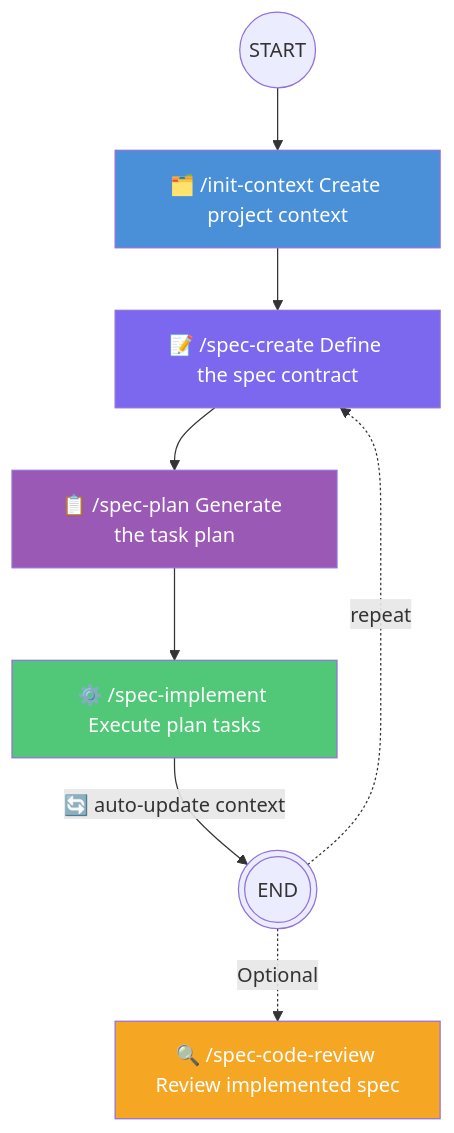
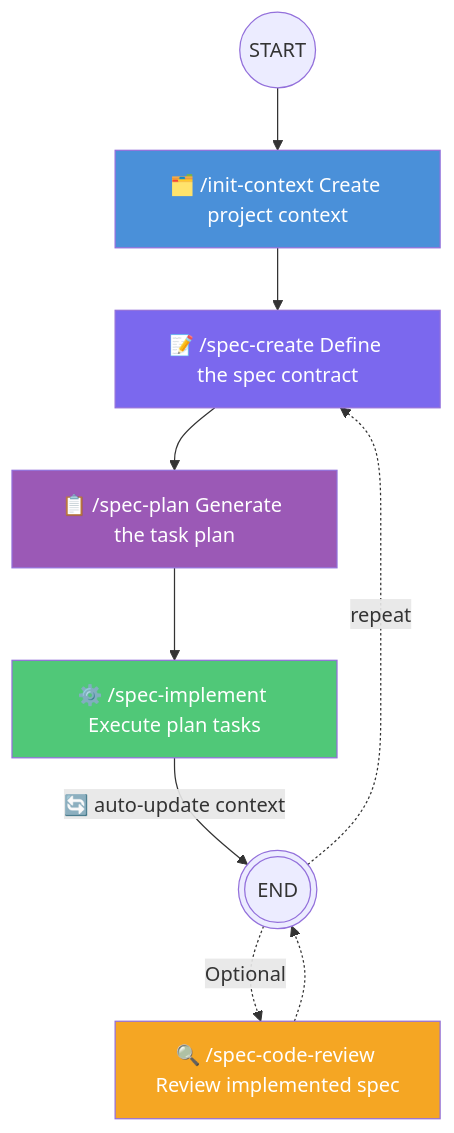
One commit to AlessioScarfone/barespec changed the first of 2 diagrams in README.md. Above: the diagram before and after it, drawn with Mermaid.

Commit message:
fix: update flowchart colors for clarity in README

````diff
--- a/README.md
+++ b/README.md
@@ -185,15 +185,15 @@
 ```mermaid
 flowchart TD
     START((START)) --> CTX["🗂️ /init-context Create project context"] --> SPEC
 
     SPEC["📝 /spec-create Define the spec contract"] --> PLAN
     PLAN["📋 /spec-plan Generate the task plan"] --> IMPL
     IMPL["⚙️ /spec-implement Execute plan tasks"] -->|"🔄 auto-update context"| END(((END))) -.->|repeat| SPEC
-    END -.-> |Optional|CODE_REVIEW["🔍 /spec-code-review Review implemented spec"]
+    END -.-> |Optional|CODE_REVIEW["🔍 /spec-code-review Review implemented spec"] -.-> END
 
     style CTX fill:#4A90D9,color:#fff
     style SPEC fill:#7B68EE,color:#fff
     style PLAN fill:#9B59B6,color:#fff
     style IMPL fill:#50C878,color:#fff
     style CODE_REVIEW fill:#F5A623,color:#fff
 ```
````
